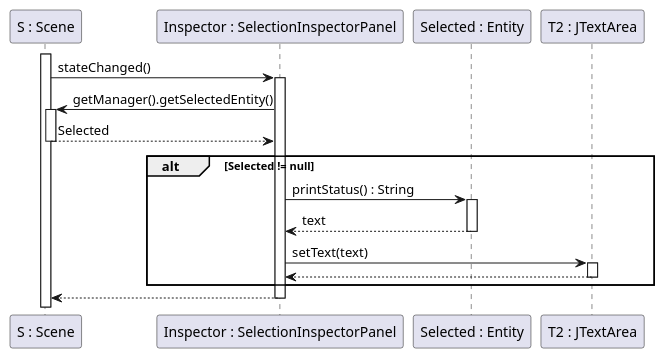
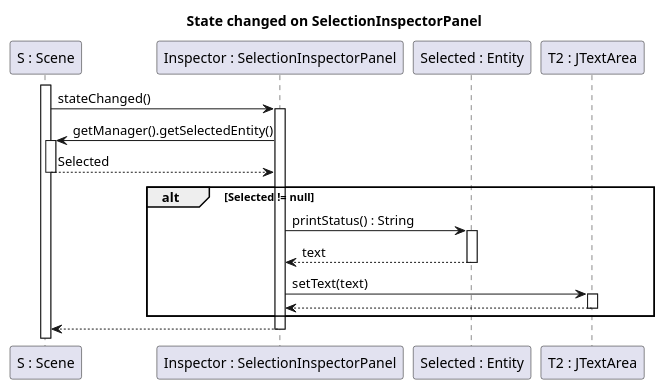
One commit to viseguard-studios/Documentation changed the diagram in docs/bead11/seq/stateChanged.puml. Above: the diagram before and after it, drawn with PlantUML. The commit also changed 4 other files, not shown here.

```diff
--- a/docs/bead11/seq/stateChanged.puml
+++ b/docs/bead11/seq/stateChanged.puml
@@ -1,40 +1,43 @@
 @startuml
+
+title State changed on SelectionInspectorPanel
+
 
 participant "S : Scene" as S
 
 participant "Inspector : SelectionInspectorPanel" as I
 
 activate S
 
 S-> I : stateChanged()
 activate I
 
 I->S : getManager().getSelectedEntity()
 activate S
 
 I <-- S : Selected
 deactivate S
 
 alt Selected != null
     participant "Selected : Entity" as E
 
     I -> E : printStatus() : String
     activate E
 
     I <-- E : text 
     deactivate E
 
     participant "T2 : JTextArea" as T
 
     I -> T : setText(text)
     activate T
 
     I <-- T
     deactivate T
 
 end
 
 S <-- I 
 deactivate I
 
 @enduml
```
